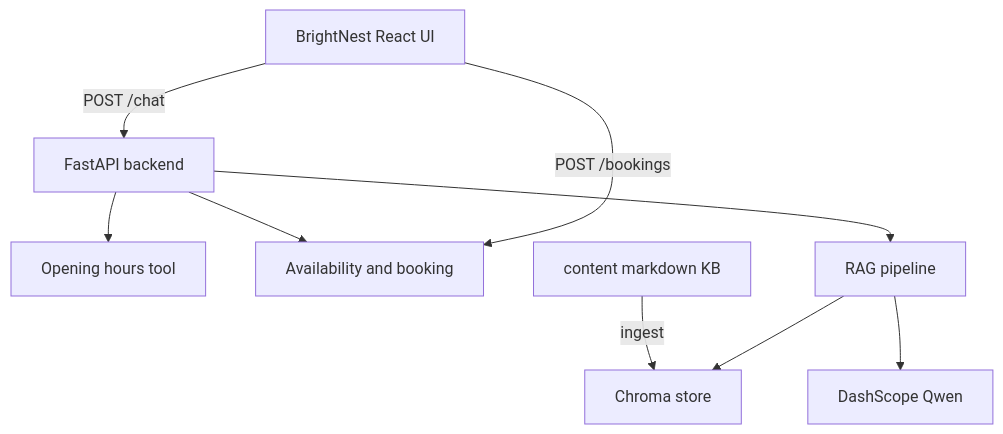
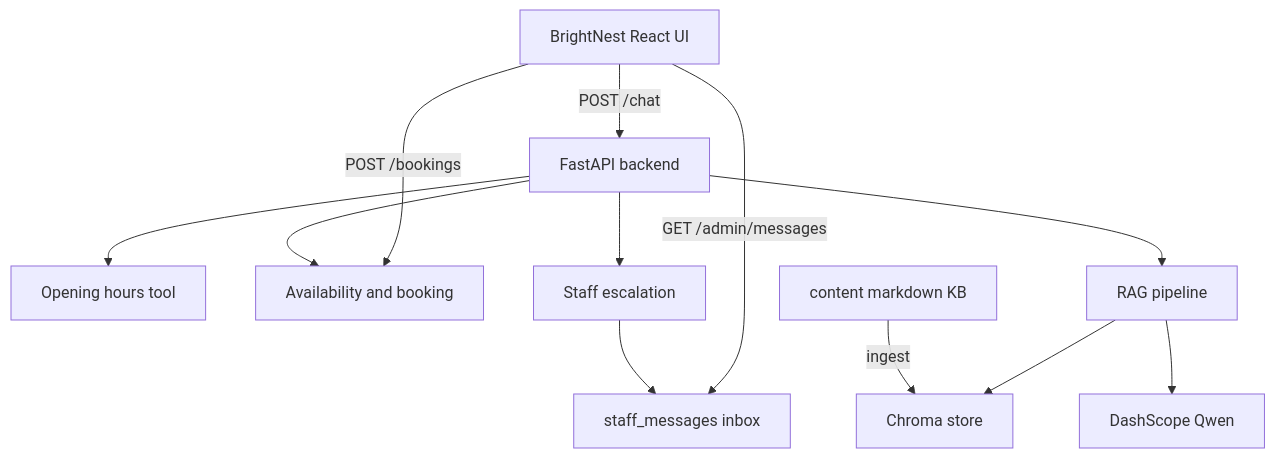
Before and after one commit to spidersocks/COMP6708_A3_Demo: the diagram in docs/architecture.md, drawn with Mermaid. The commit also changed other lines of this file and 52 other files, not shown here.

First line of the commit message:
Add team docs, staff escalation inbox, and SAE redeploy helpers.

````diff
--- a/docs/architecture.md
+++ b/docs/architecture.md
@@ -3,20 +3,25 @@
 ```mermaid
 flowchart TB
   UI[BrightNest React UI]
   API[FastAPI backend]
   OH[Opening hours tool]
   BK[Availability and booking]
+  ESC[Staff escalation]
+  MSG[staff_messages inbox]
   RAG[RAG pipeline]
   CH[Chroma store]
   DS[DashScope Qwen]
   MD[content markdown KB]
 
   UI -->|POST /chat| API
   UI -->|POST /bookings| BK
+  UI -->|GET /admin/messages| MSG
   API --> OH
   API --> BK
+  API --> ESC
+  ESC --> MSG
   API --> RAG
   RAG --> CH
   RAG --> DS
   MD -->|ingest| CH
 ```
````
